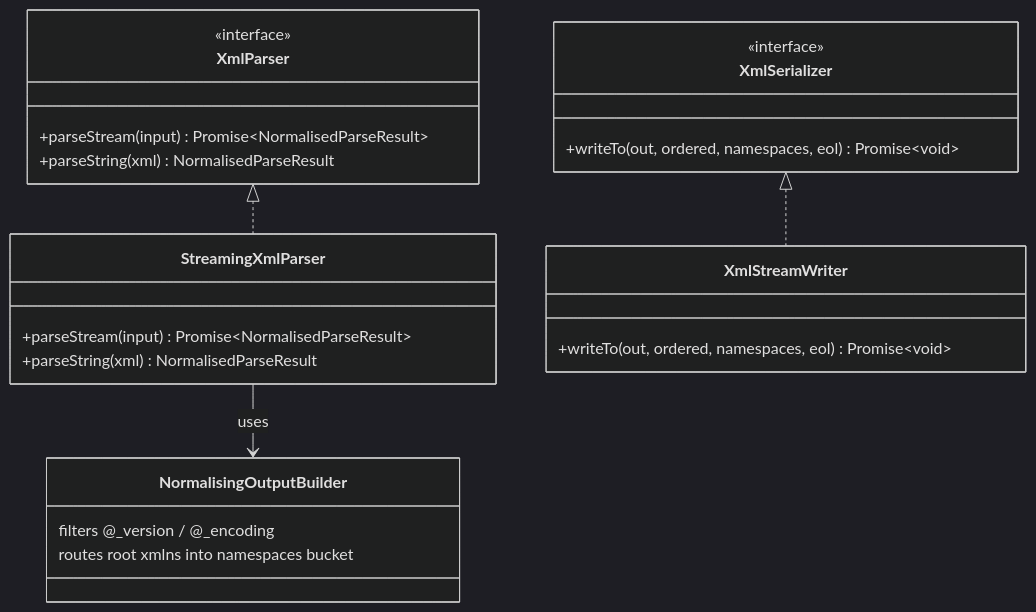
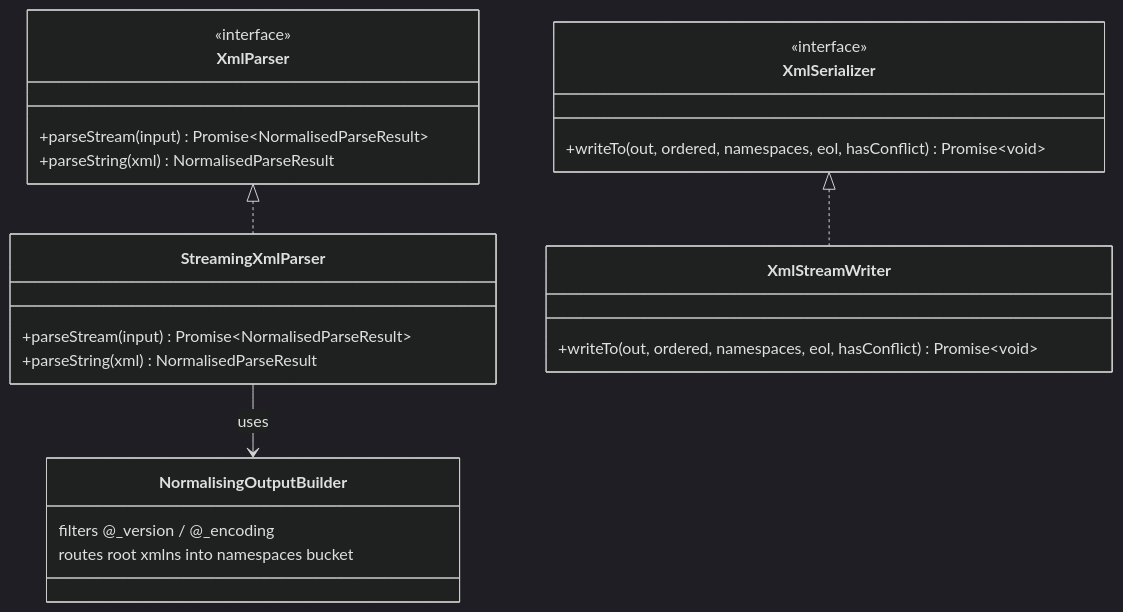
The fourth of 8 diagrams in DESIGN.md (scolladon/sf-git-merge-driver), drawn with Mermaid (dark theme) before and after one commit. The commit also changed other lines of this file, not shown here.

````diff
--- a/DESIGN.md
+++ b/DESIGN.md
@@ -163,31 +163,31 @@
 ```mermaid
 classDiagram
     class XmlParser {
         <<interface>>
         +parseStream(input) Promise~NormalisedParseResult~
         +parseString(xml) NormalisedParseResult
     }
 
     class XmlSerializer {
         <<interface>>
-        +writeTo(out, ordered, namespaces, eol) Promise~void~
+        +writeTo(out, ordered, namespaces, eol, hasConflict) Promise~void~
     }
 
     class StreamingXmlParser {
         +parseStream(input) Promise~NormalisedParseResult~
         +parseString(xml) NormalisedParseResult
     }
 
     class NormalisingOutputBuilder {
         filters @_version / @_encoding
         routes root xmlns into namespaces bucket
     }
 
     class XmlStreamWriter {
-        +writeTo(out, ordered, namespaces, eol) Promise~void~
+        +writeTo(out, ordered, namespaces, eol, hasConflict) Promise~void~
     }
 
     XmlParser <|.. StreamingXmlParser
     XmlSerializer <|.. XmlStreamWriter
     StreamingXmlParser --> NormalisingOutputBuilder : uses
 ```
````
